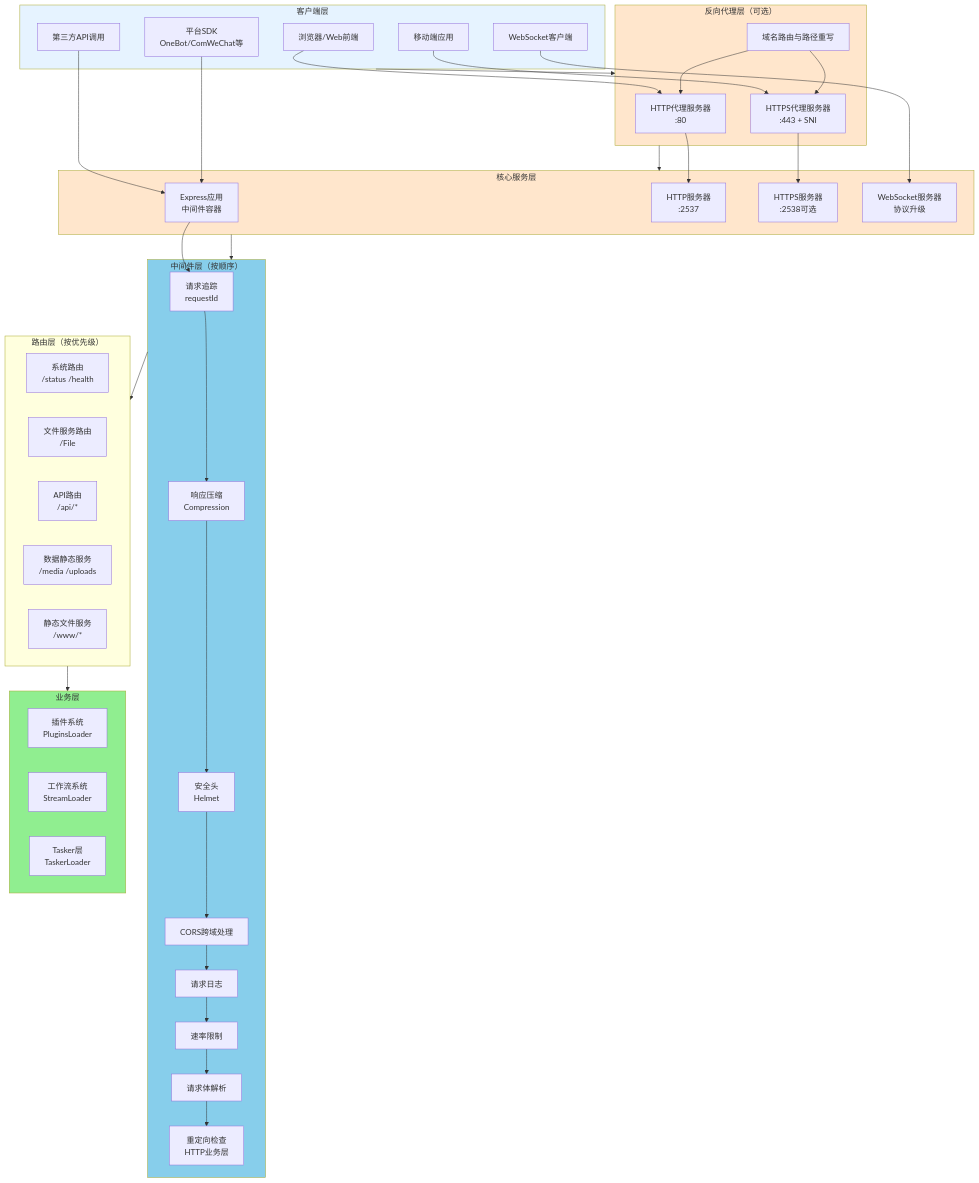
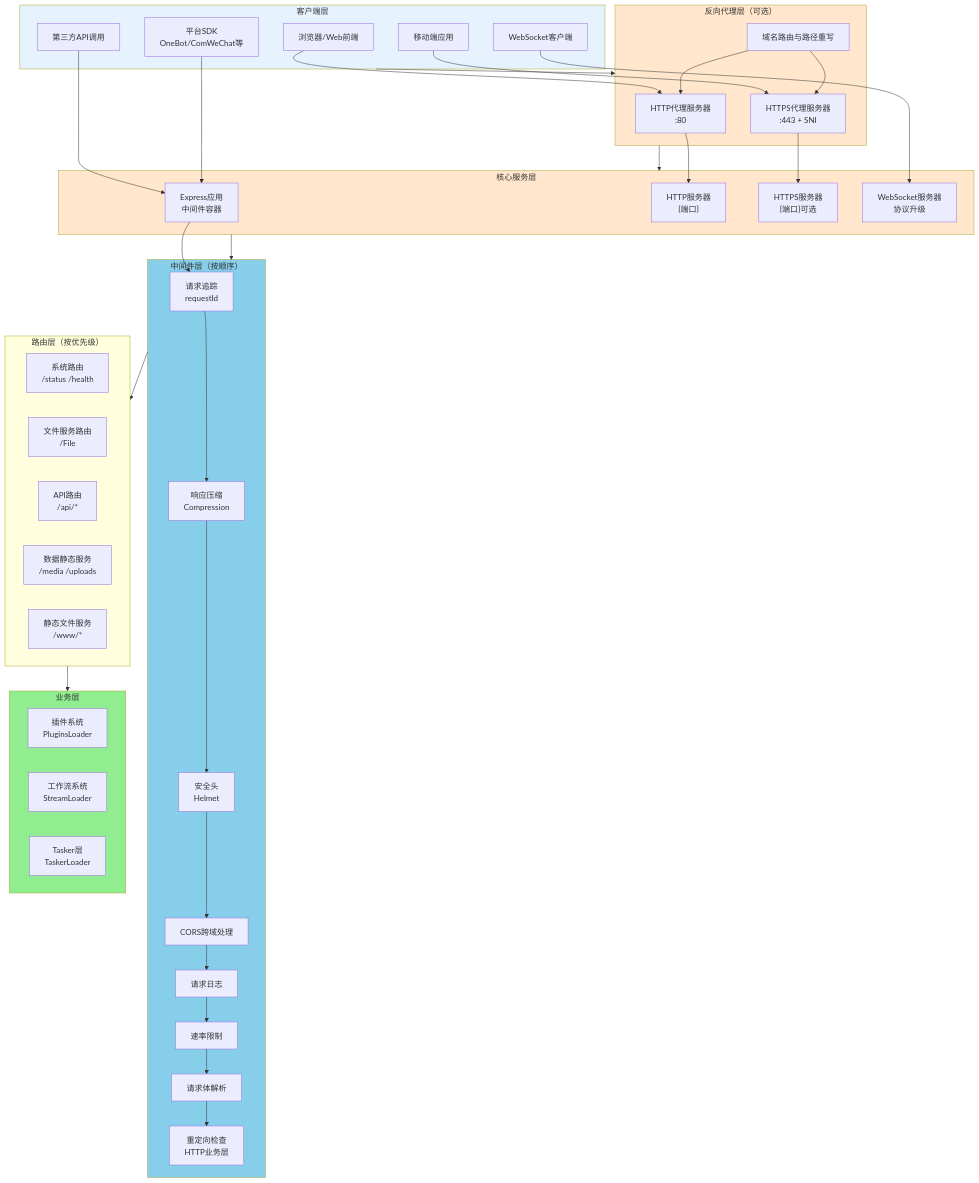
One commit to sunflowermm/XRK-AGT changed the first of 13 diagrams in docs/server.md. Above: the diagram before and after it, drawn with Mermaid. The commit also changed other lines of this file and 116 other files, not shown here.

```diff
--- a/docs/server.md
+++ b/docs/server.md
@@ -50,8 +50,8 @@
     
     subgraph Core["核心服务层"]
         Express["Express应用<br/>中间件容器"]
-        HTTPServer["HTTP服务器<br/>:2537"]
-        HTTPSServer["HTTPS服务器<br/>:2538可选"]
+        HTTPServer["HTTP服务器<br/>{端口}"]
+        HTTPSServer["HTTPS服务器<br/>{端口}可选"]
         WSServer["WebSocket服务器<br/>协议升级"]
     end
     
```
